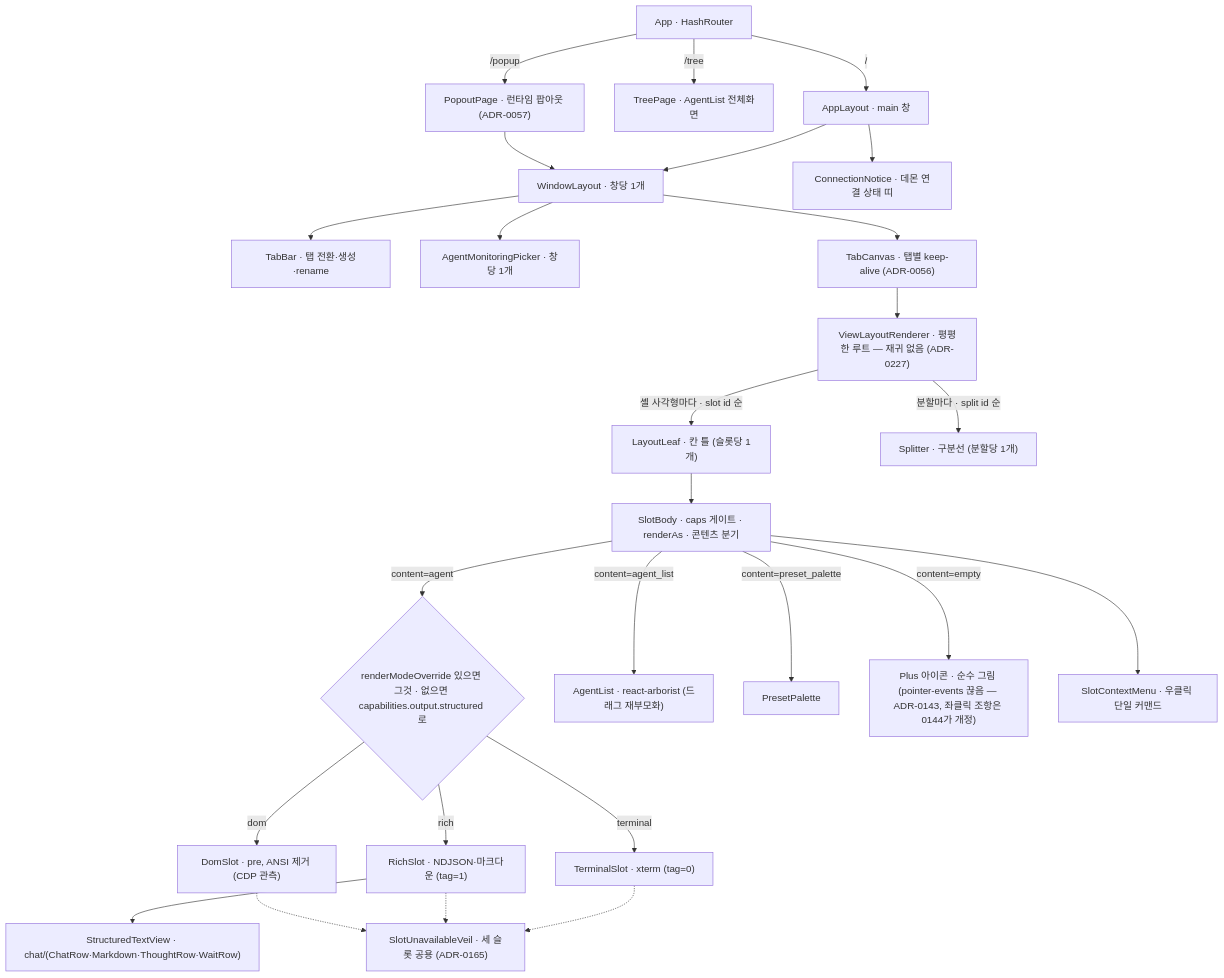
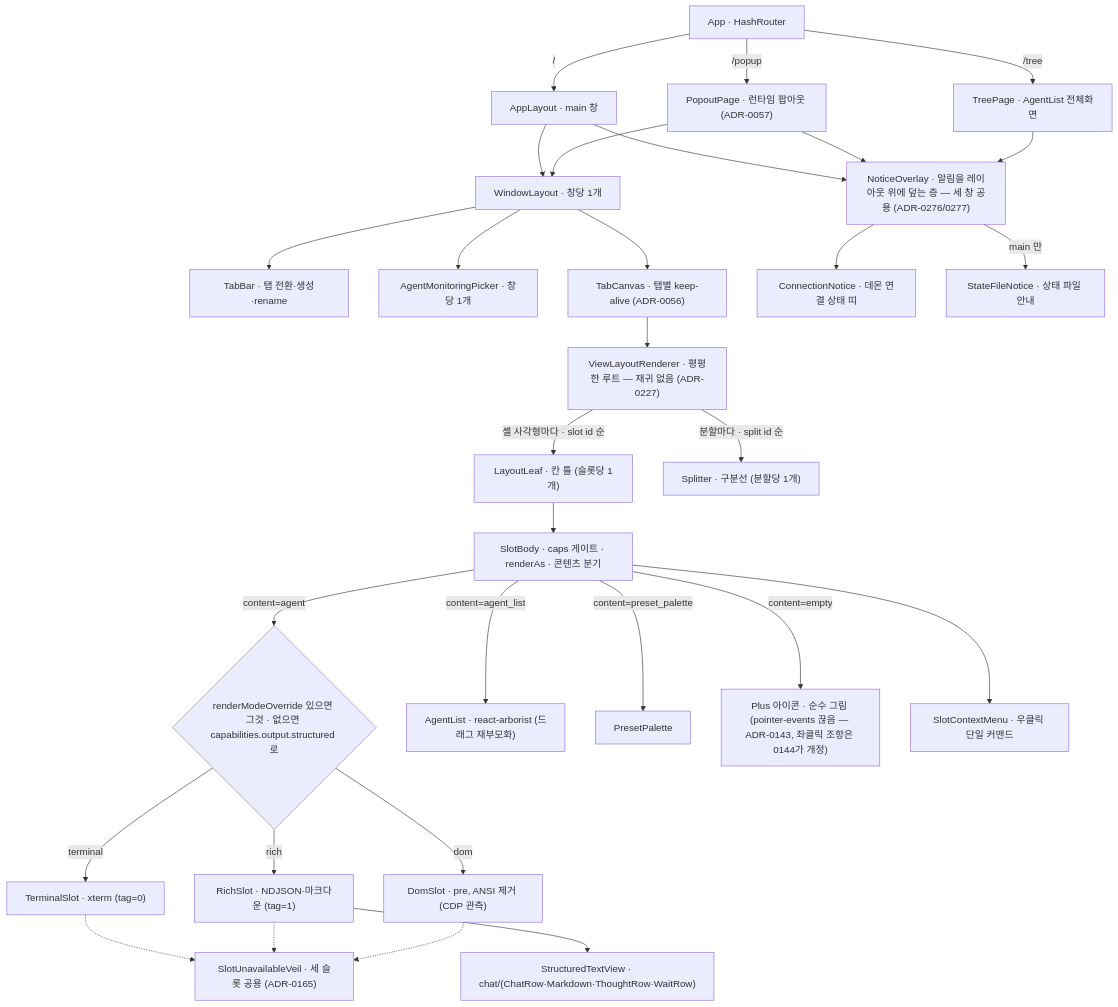
Before and after one commit to kimsunzun/engram-dashboard: diagram 12 of 20 in docs/reference/architecture-overview.md, drawn with Mermaid. The commit also changed 8 other files, not shown here.

First line of the commit message:
S21: docs(storage): 연결 띠 덮기 뒤 문서 — ADR-0277(연결 끊김 안내도 덮는다 · 모든 창 · ADR-0180 · ADR-0276 부분 개정) · TRD §14-17 · step-log · qa 바인딩 조리법 B · 구조 개요 · NoticeOverlay 머리 한 줄

````diff
--- a/docs/reference/architecture-overview.md
+++ b/docs/reference/architecture-overview.md
@@ -545,30 +545,34 @@
 ```mermaid
 flowchart TD
   App["App · HashRouter"]
   App -->|"/"| AL0["AppLayout · main 창"]
   App -->|"/tree"| TP["TreePage · AgentList 전체화면"]
   App -->|"/popup"| PO["PopoutPage · 런타임 팝아웃 (ADR-0057)"]
 
   AL0 --> WLnode["WindowLayout · 창당 1개"]
   PO --> WLnode
   WLnode --> TB["TabBar · 탭 전환·생성·rename"]
   WLnode --> AMP["AgentMonitoringPicker · 창당 1개"]
   WLnode --> TC["TabCanvas · 탭별 keep-alive (ADR-0056)"]
   TC --> VLR["ViewLayoutRenderer · 평평한 루트 — 재귀 없음 (ADR-0227)"]
   VLR -->|"셸 사각형마다 · slot id 순"| LL["LayoutLeaf · 칸 틀 (슬롯당 1개)"]
   VLR -->|"분할마다 · split id 순"| SPL["Splitter · 구분선 (분할당 1개)"]
   LL --> SB["SlotBody · caps 게이트 · renderAs · 콘텐츠 분기"]
   SB -->|"content=agent"| CAP{"renderModeOverride 있으면 그것 · 없으면 capabilities.output.structured 로"}
   CAP -->|"terminal"| TS["TerminalSlot · xterm (tag=0)"]
   CAP -->|"rich"| RS["RichSlot · NDJSON·마크다운 (tag=1)"]
   CAP -->|"dom"| DS["DomSlot · pre, ANSI 제거 (CDP 관측)"]
   RS --> STV["StructuredTextView · chat/(ChatRow·Markdown·ThoughtRow·WaitRow)"]
   TS -.-> VEIL2["SlotUnavailableVeil · 세 슬롯 공용 (ADR-0165)"]
   RS -.-> VEIL2
   DS -.-> VEIL2
-  AL0 --> CN["ConnectionNotice · 데몬 연결 상태 띠"]
+  AL0 --> NOV["NoticeOverlay · 알림을 레이아웃 위에 덮는 층 — 세 창 공용 (ADR-0276/0277)"]
+  PO --> NOV
+  TP --> NOV
+  NOV --> CN["ConnectionNotice · 데몬 연결 상태 띠"]
+  NOV -->|"main 만"| SFN["StateFileNotice · 상태 파일 안내"]
   SB -->|"content=agent_list"| ALa["AgentList · react-arborist (드래그 재부모화)"]
   SB -->|"content=preset_palette"| PP["PresetPalette"]
   SB -->|"content=empty"| EMPTY["Plus 아이콘 · 순수 그림 (pointer-events 끊음 — ADR-0143, 좌클릭 조항은 0144가 개정)"]
   SB --> SCM["SlotContextMenu · 우클릭 단일 커맨드"]
 ```
````
